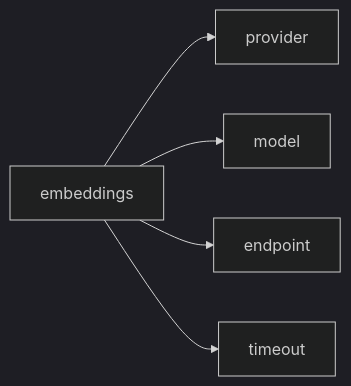
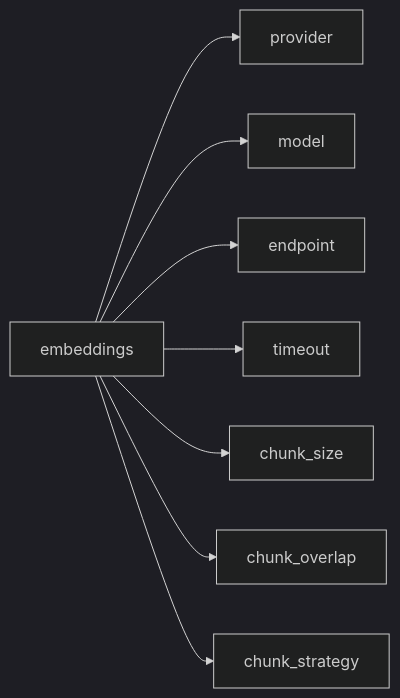
The second of 9 diagrams in docs/CONFIGURATION.md (fmatsos/cortex), drawn with Mermaid (dark theme) before and after one commit. The commit also changed other lines of this file and 8 other files, not shown here.

````diff
--- a/docs/CONFIGURATION.md
+++ b/docs/CONFIGURATION.md
@@ -88,8 +91,11 @@
 ```mermaid
 graph LR
     Embeddings["embeddings"]
     Embeddings --> Provider["provider"]
     Embeddings --> Model["model"]
     Embeddings --> Endpoint["endpoint"]
     Embeddings --> Timeout["timeout"]
+    Embeddings --> ChunkSize["chunk_size"]
+    Embeddings --> ChunkOverlap["chunk_overlap"]
+    Embeddings --> ChunkStrategy["chunk_strategy"]
 ```
````
